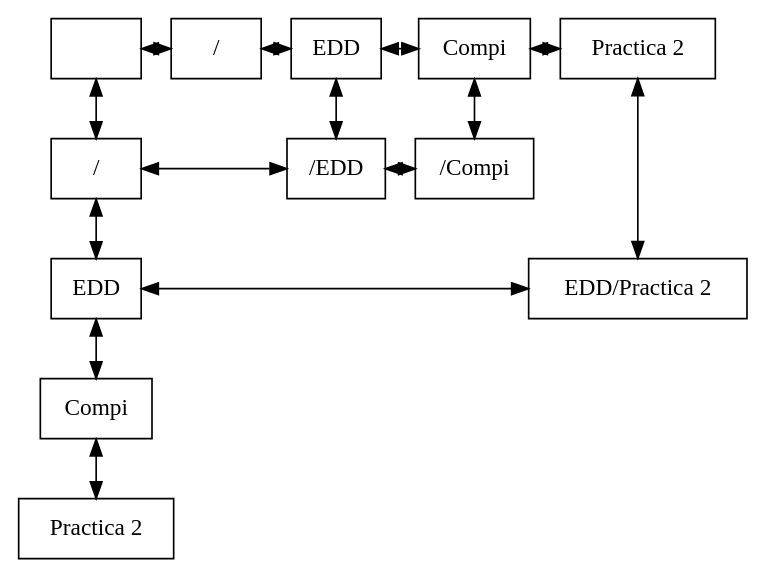
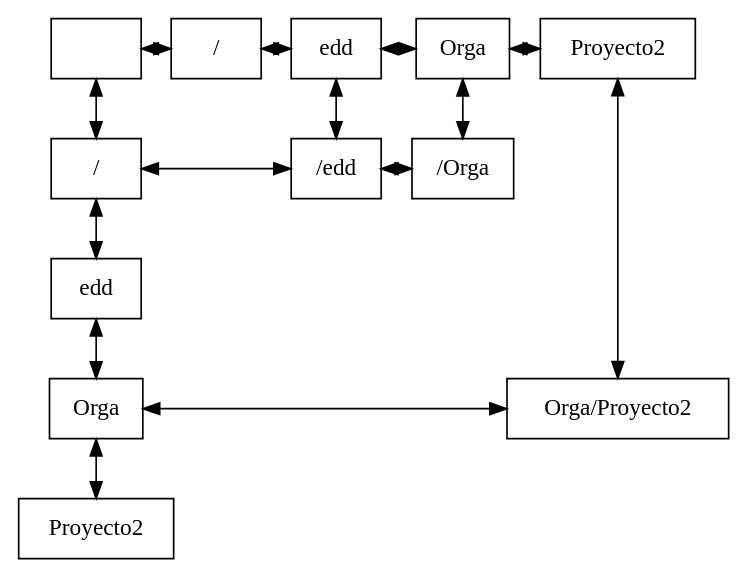
Before and after one commit to CSuy/EDD_2S2019_PY2_201700918: the diagram in Reportes/Matriz.dot, drawn with Graphviz. The commit also changed 71 other files, not shown here.

```diff
--- a/Reportes/Matriz.dot
+++ b/Reportes/Matriz.dot
@@ -1,47 +1,47 @@
 digraph guia{ 
  node[shape=box] 
  rankdir=UD; 
  {rank=min; 
 nodo00[label="" ,rankdir=LR, group=0]; 
 nodo10[label="/" ,rankdir=LR, group=1]; 
-nodo20[label="EDD" ,rankdir=LR, group=2]; 
-nodo30[label="Compi" ,rankdir=LR, group=3]; 
-nodo40[label="Practica 2" ,rankdir=LR, group=4]; 
+nodo20[label="edd" ,rankdir=LR, group=2]; 
+nodo30[label="Orga" ,rankdir=LR, group=3]; 
+nodo40[label="Proyecto2" ,rankdir=LR, group=4]; 
 } 
 {rank=same; 
 nodo00[label=" " , group=0]; 
 nodo10[label=" /" , group=1]; 
-nodo20[label=" EDD" , group=2]; 
-nodo30[label=" Compi" , group=3]; 
-nodo40[label=" Practica 2" , group=4]; 
+nodo20[label=" edd" , group=2]; 
+nodo30[label=" Orga" , group=3]; 
+nodo40[label=" Proyecto2" , group=4]; 
 } 
 {rank=same; 
 nodo01[label=" /" , group=0]; 
-nodo21[label=" /EDD" , group=2]; 
-nodo31[label=" /Compi" , group=3]; 
+nodo21[label=" /edd" , group=2]; 
+nodo31[label=" /Orga" , group=3]; 
 } 
 {rank=same; 
-nodo02[label=" EDD" , group=0]; 
-nodo42[label=" EDD/Practica 2" , group=4]; 
+nodo02[label=" edd" , group=0]; 
 } 
 {rank=same; 
-nodo03[label=" Compi" , group=0]; 
+nodo03[label=" Orga" , group=0]; 
+nodo43[label=" Orga/Proyecto2" , group=4]; 
 } 
 {rank=same; 
-nodo04[label=" Practica 2" , group=0]; 
+nodo04[label=" Proyecto2" , group=0]; 
 } 
 nodo00 -> nodo10[dir=both]; 
 nodo10 -> nodo20[dir=both]; 
 nodo20 -> nodo30[dir=both]; 
 nodo30 -> nodo40[dir=both]; 
 nodo01 -> nodo21[dir=both]; 
 nodo21 -> nodo31[dir=both]; 
-nodo02 -> nodo42[dir=both]; 
+nodo03 -> nodo43[dir=both]; 
 nodo00 -> nodo01[dir=both]; 
 nodo01 -> nodo02[dir=both]; 
 nodo02 -> nodo03[dir=both]; 
 nodo03 -> nodo04[dir=both]; 
 nodo20 -> nodo21[dir=both]; 
 nodo30 -> nodo31[dir=both]; 
-nodo40 -> nodo42[dir=both]; 
+nodo40 -> nodo43[dir=both]; 
 } 
```
